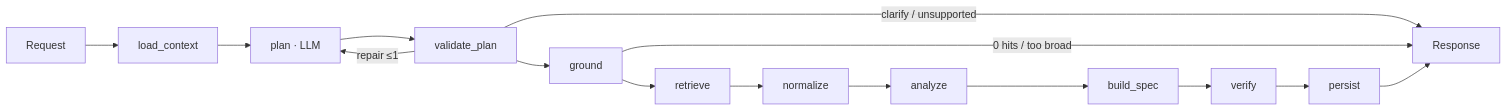
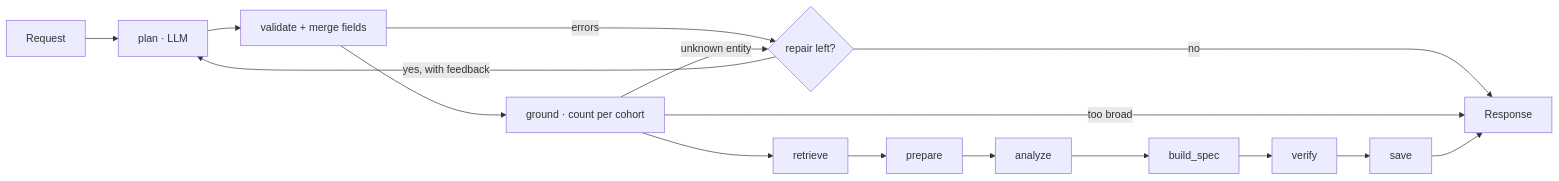
One commit to linboxin/Clinical-Agent changed the diagram in DESIGN.md. Above: the diagram before and after it, drawn with Mermaid. The commit also changed other lines of this file and 2 other files, not shown here.

Commit message:
Docs: as-built DESIGN v3, README, renderer guide, exported JSON Schemas

````diff
--- a/DESIGN.md
+++ b/DESIGN.md
@@ -73,11 +66,12 @@
 ```mermaid
 flowchart LR
-  REQ[Request] --> CTX[load_context]
-  CTX --> PLAN[plan · LLM]
-  PLAN --> VAL[validate_plan]
-  VAL -->|repair ≤1| PLAN
-  VAL -->|clarify / unsupported| OUT
-  VAL --> GND[ground]
-  GND -->|0 hits / too broad| OUT
-  GND --> RET[retrieve] --> NORM[normalize] --> AN[analyze] --> SPEC[build_spec] --> VER[verify] --> PER[persist] --> OUT[Response]
+  REQ[Request] --> PLAN[plan · LLM]
+  PLAN --> VAL[validate + merge fields]
+  VAL -->|errors| REP{repair left?}
+  VAL --> GND[ground · count per cohort]
+  GND -->|unknown entity| REP
+  REP -->|yes, with feedback| PLAN
+  REP -->|no| OUT
+  GND -->|too broad| OUT
+  GND --> RET[retrieve] --> PREP[prepare] --> AN[analyze] --> SPEC[build_spec] --> VER[verify] --> SAVE[save] --> OUT[Response]
 ```
````
